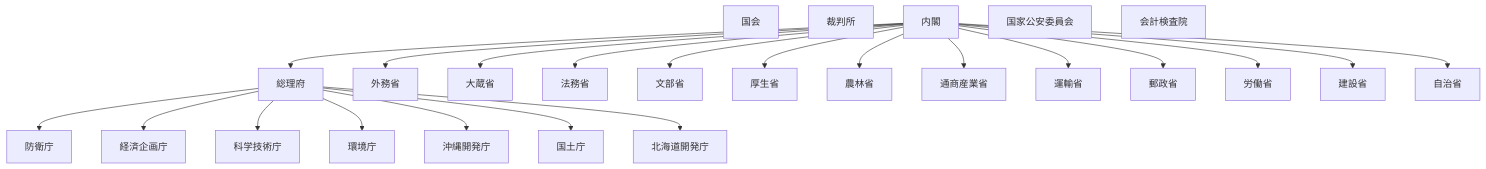
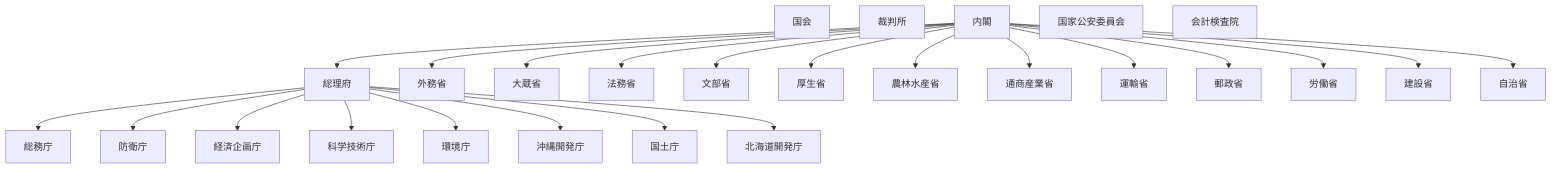
One commit to tatemaru/jp-admin-org-chart changed the diagram in README.md. Above: the diagram before and after it, drawn with Mermaid. The commit also changed other lines of this file, not shown here.

First line of the commit message:
feat(総務庁): 総務庁を設置

````diff
--- a/README.md
+++ b/README.md
@@ -9,28 +9,29 @@
 ```mermaid
 flowchart TB
   Diet["国会"]
   Court["裁判所"]
   Cab["内閣"]
   Cab --> Sorifu["総理府"]
+  Sorifu --> SomuCho["総務庁"]
   Sorifu --> Boei["防衛庁"]
   Sorifu --> KeizaiKikaku["経済企画庁"]
   Sorifu --> Kagaku["科学技術庁"]
   Sorifu --> Kankyo["環境庁"]
   Sorifu --> Okinawa["沖縄開発庁"]
   Sorifu --> Kokudo["国土庁"]
   Sorifu --> Hokkaido["北海道開発庁"]
   Cab --> Gaimu["外務省"]
   Cab --> Okura["大蔵省"]
   Cab --> Homu["法務省"]
   Cab --> Mombu["文部省"]
   Cab --> Kosei["厚生省"]
-  Cab --> Norin["農林省"]
+  Cab --> Norin["農林水産省"]
   Cab --> Tsusan["通商産業省"]
   Cab --> Unyu["運輸省"]
   Cab --> Yusei["郵政省"]
   Cab --> Rodo["労働省"]
   Cab --> Kensetsu["建設省"]
   Cab --> Jichi["自治省"]
   NPA["国家公安委員会"]
   Audit["会計検査院"]
 ```
````
